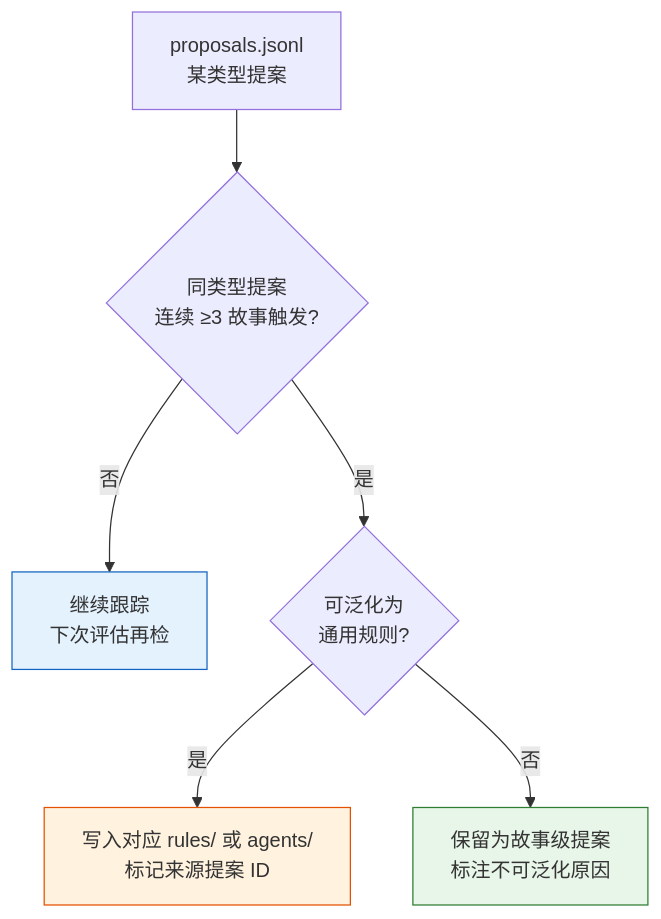
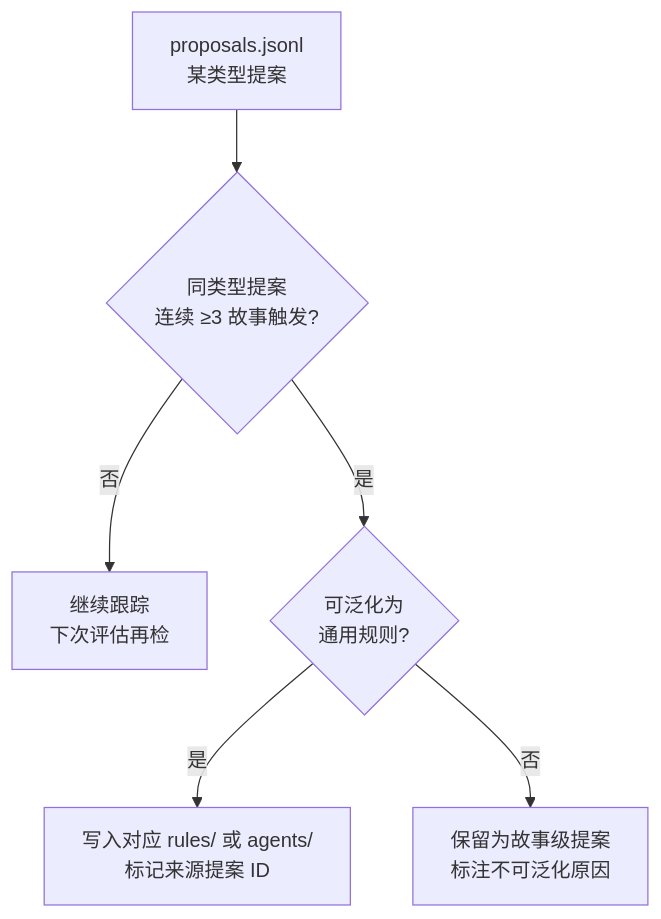
Before and after one commit to effiy/YrY: the ninth of 11 diagrams in rules/self-improve.md, drawn with Mermaid. The commit also changed other lines of this file and 61 other files, not shown here.

````diff
--- a/rules/self-improve.md
+++ b/rules/self-improve.md
@@ -214,12 +194,9 @@
 ```mermaid
 flowchart TD
     PROP["proposals.jsonl<br/>某类型提案"] --> Q1{"同类型提案<br/>连续 ≥3 故事触发?"}
     Q1 -->|"否"| TRACK["继续跟踪<br/>下次评估再检"]:::wait
     Q1 -->|"是"| Q2{"可泛化为<br/>通用规则?"}
     Q2 -->|"是"| UPGRADE["写入对应 rules/ 或 agents/<br/>标记来源提案 ID"]:::up
     Q2 -->|"否"| KEEP["保留为故事级提案<br/>标注不可泛化原因"]:::keep
 
-    classDef wait fill:#e3f2fd,stroke:#1565c0;
-    classDef up fill:#fff3e0,stroke:#e65100;
-    classDef keep fill:#e8f5e9,stroke:#2e7d32;
 ```
````
